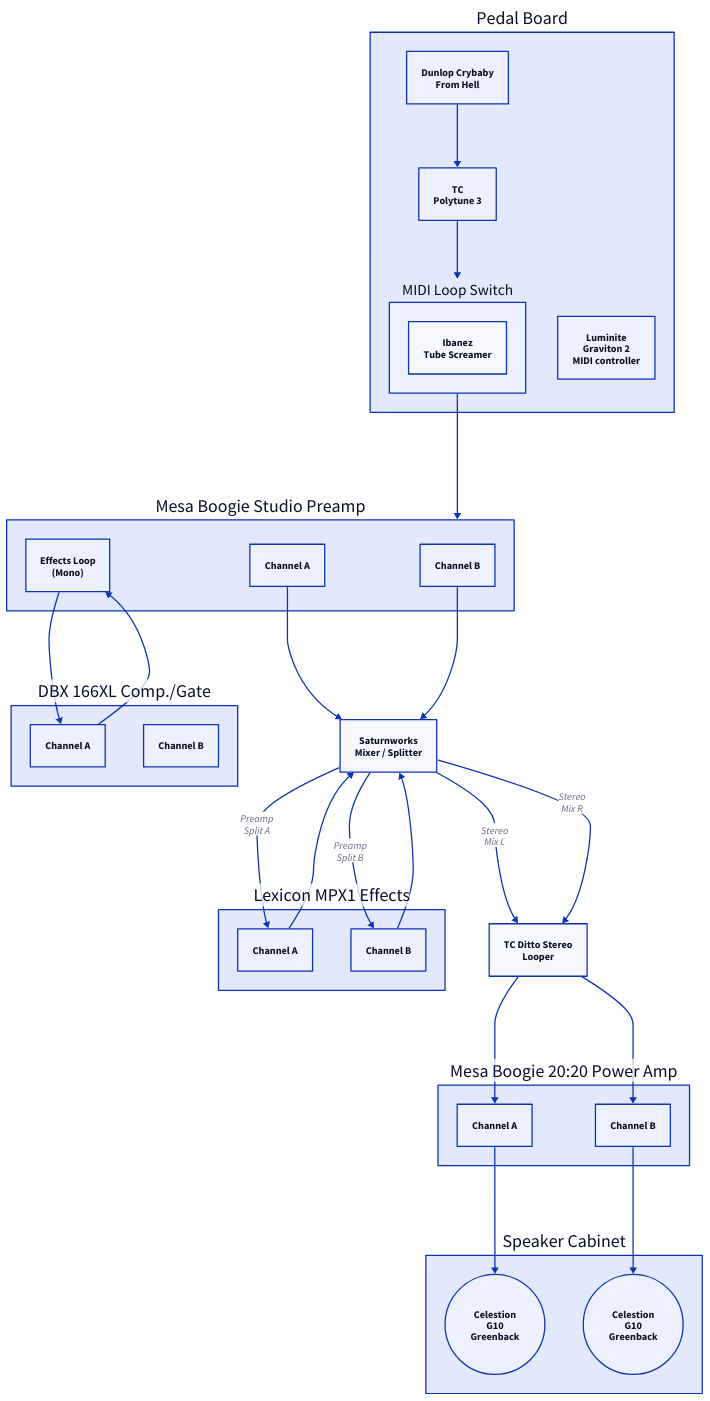
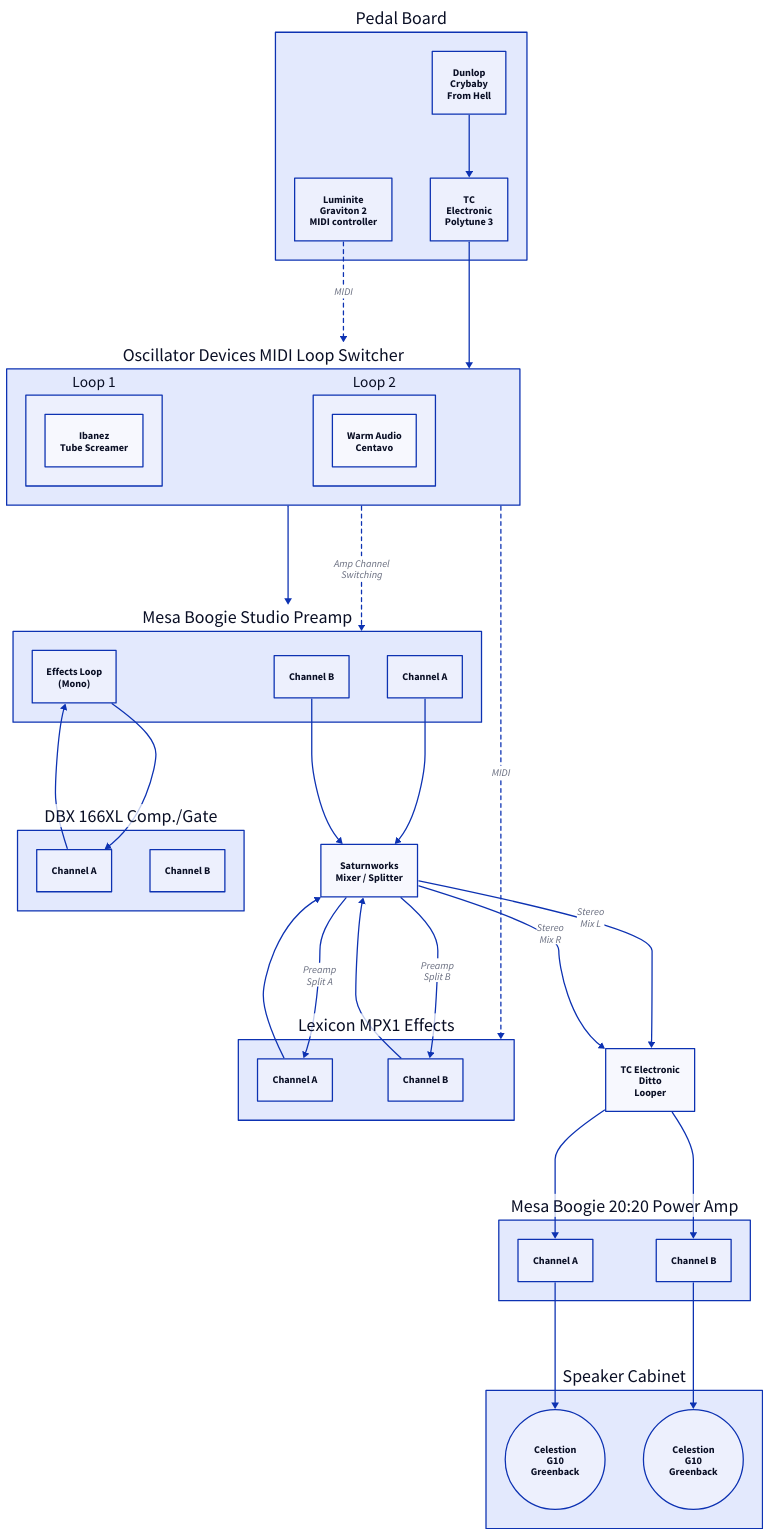
Before and after one commit to timvaillancourt/amp-diagrams: the diagram in amprack.d2, drawn with D2. The commit also changed 1 other file, not shown here.

```diff
--- a/amprack.d2
+++ b/amprack.d2
@@ -1,57 +1,79 @@
 pb: "Pedal Board" {
-  cbfh: "Dunlop Crybaby\nFrom Hell" {}
-  polytune3: "TC\nPolytune 3" {}
-  mls: "MIDI Loop Switch" {
+  cbfh: "Dunlop\nCrybaby\nFrom Hell" {}
+  polytune3: "TC\nElectronic\nPolytune 3" {}
+  mc: "Luminite\nGraviton 2\nMIDI controller" {}
+  cbfh -> polytune3 
+}
+
+mls: "Oscillator Devices MIDI Loop Switcher" {
+  1: "Loop 1" {
     ts: "Ibanez\nTube Screamer" {}
   }
-  mc: "Luminite\nGraviton 2\nMIDI controller" {}
-  cbfh -> polytune3 -> mls
+  2: "Loop 2" {
+    wac: "Warm Audio\nCentavo" {}
+  }
+}
+pb.polytune3 -> mls
+pb.mc -> mls: "MIDI" {
+  style: {
+    stroke-dash: 3
+  }
 }
 
 msp: "Mesa Boogie Studio Preamp" {
   A: "Channel A" {}
   B: "Channel B" {}
   loop: "Effects Loop\n(Mono)" {}
 }
-pb.mls -> msp
+mls -> msp: "Amp Channel\nSwitching" {
+  style: {
+    stroke-dash: 3
+  }
+}
+mls -> msp
 dbx166xl: "DBX 166XL Comp./Gate" {
   A: "Channel A" {}
   B: "Channel B" {}
 }
 msp.loop -> dbx166xl.A
 dbx166xl.A -> msp.loop
 
 mixer: "Saturnworks\nMixer / Splitter" {}
 msp.A -> mixer
 msp.B -> mixer
 
 mpx1: "Lexicon MPX1 Effects" {
   A: "Channel A" {}
   B: "Channel B" {}
 }
+mls -> mpx1: "MIDI" {
+  style: {
+    stroke-dash: 3
+  }
+}
 mixer -> mpx1.A: "Preamp\nSplit A" {}
 mixer -> mpx1.B: "Preamp\nSplit B" {}
 mpx1.A -> mixer
 mpx1.B -> mixer
 
-ditto: "TC Ditto Stereo\nLooper" {}
+ditto: "TC Electronic\nDitto\nLooper" {}
 mixer -> ditto: "Stereo\nMix L"
 mixer -> ditto: "Stereo\nMix R"
 
 m2020: "Mesa Boogie 20:20 Power Amp" {
   A: "Channel A" {}
   B: "Channel B" {}
 }
 ditto -> m2020.A
 ditto -> m2020.B
 
 cab: "Speaker Cabinet" {
   A: "Celestion\nG10\nGreenback" {
     shape: "circle"
   }
   B: "Celestion\nG10\nGreenback" {
     shape: "circle"
   }
 }
 m2020.A -> cab.A
 m2020.B -> cab.B
```
